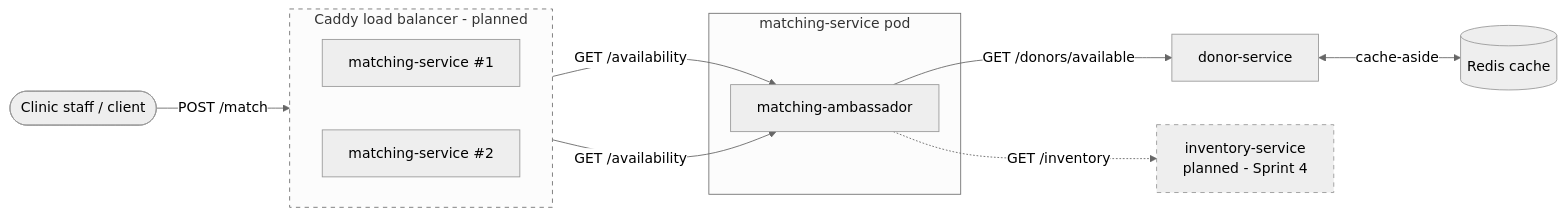
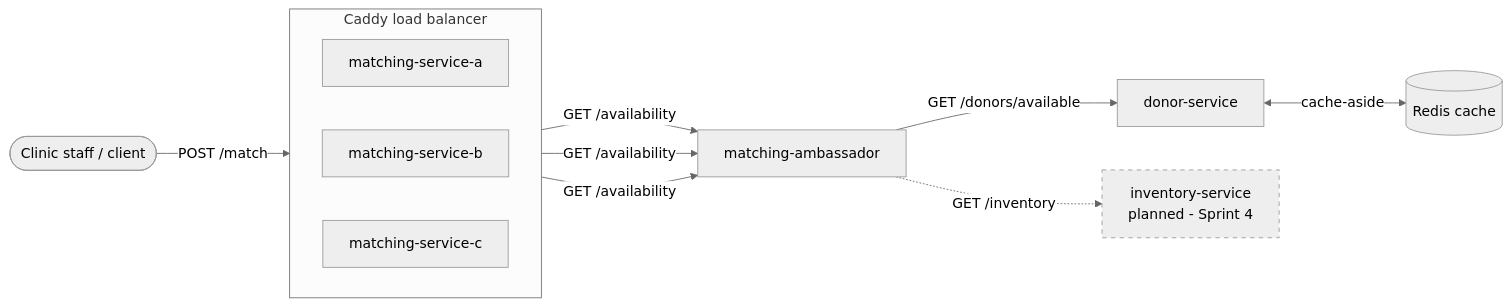
Before and after one commit to RitonlyD/426-project-ritonly-rafael: the diagram in docs/SERVICES.md, drawn with Mermaid (neutral theme). The commit also changed other lines of this file, not shown here.

Commit message:
docs(services): flip Caddy diagram from planned to real
Caddy + the three matching-service replicas are merged and confirmed
working, so drops the "planned" label/styling and swaps the two
placeholder nodes for the real named replicas (matching-service-a/b/c).
Also removes the matching-service-pod grouping around the ambassador,
which is standalone now rather than sharing a network namespace.
Redis/donor-service content and inventory-service's planned styling
untouched.

````diff
--- a/docs/SERVICES.md
+++ b/docs/SERVICES.md
@@ -19,28 +19,26 @@
 ```mermaid
 flowchart LR
     Client([Clinic staff / client])
 
-    subgraph Caddy_LB[Caddy load balancer - planned]
+    subgraph Caddy_LB[Caddy load balancer]
         direction LR
-        Matching1[matching-service #1]
-        Matching2[matching-service #2]
+        MatchingA[matching-service-a]
+        MatchingB[matching-service-b]
+        MatchingC[matching-service-c]
     end
 
-    subgraph matching-service pod
-        Ambassador[matching-ambassador]
-    end
-
+    Ambassador[matching-ambassador]
     Donor[donor-service]
     DonorCache[(Redis cache)]
     Inventory[inventory-service<br/>planned - Sprint 4]
 
     Client -->|POST /match| Caddy_LB
-    Matching1 -->|GET /availability| Ambassador
-    Matching2 -->|GET /availability| Ambassador
+    MatchingA -->|GET /availability| Ambassador
+    MatchingB -->|GET /availability| Ambassador
+    MatchingC -->|GET /availability| Ambassador
     Ambassador -->|GET /donors/available| Donor
     Donor <-->|cache-aside| DonorCache
     Ambassador -.->|GET /inventory| Inventory
 
     style Inventory stroke-dasharray: 5 5
-    style Caddy_LB stroke-dasharray: 5 5
 ```
````
